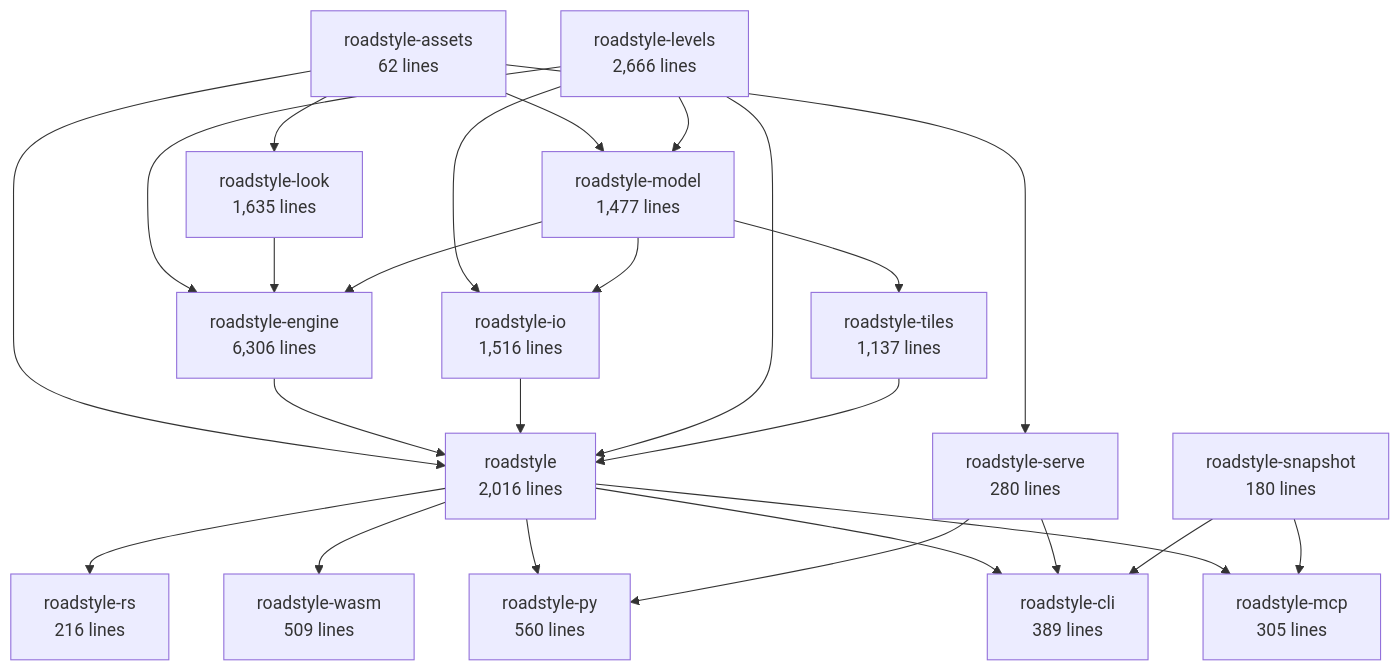
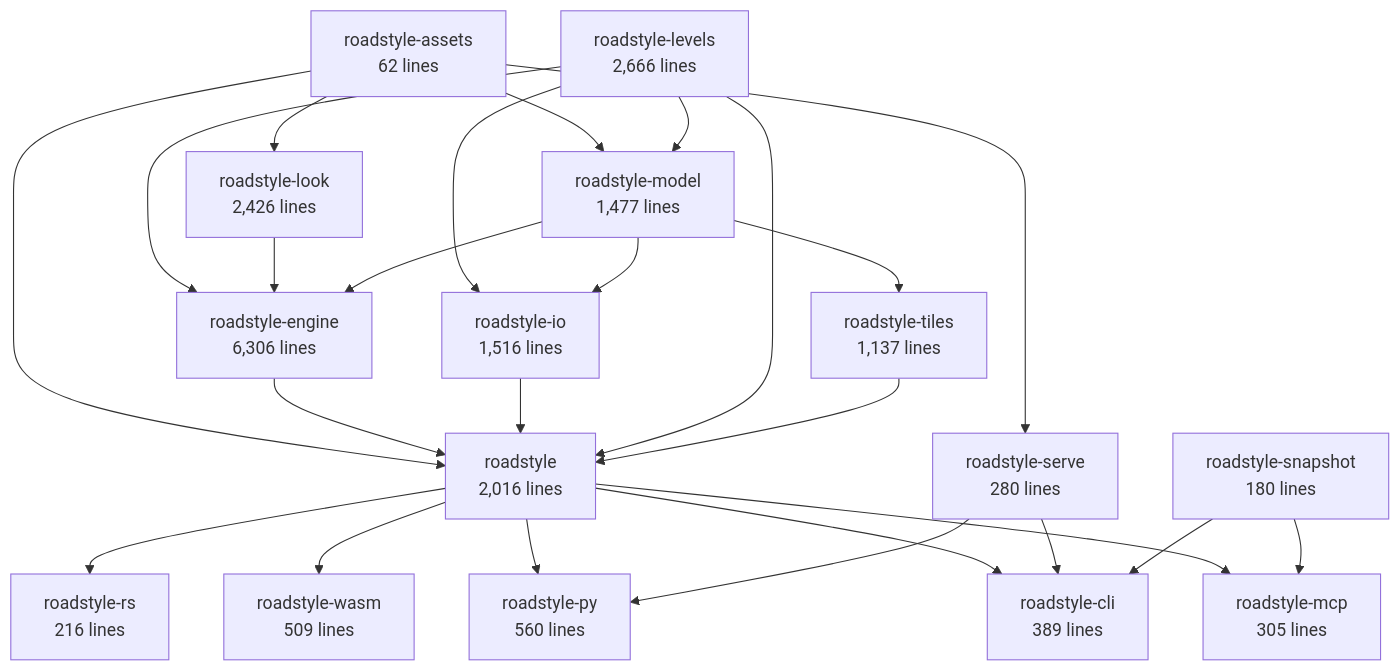
One commit to Khoshkhah/roadstyle changed the second of 6 diagrams in docs/rust/architecture.md. Above: the diagram before and after it, drawn with Mermaid. The commit also changed other lines of this file and 7 other files, not shown here.

````diff
--- a/docs/rust/architecture.md
+++ b/docs/rust/architecture.md
@@ -70,42 +70,42 @@
 ```mermaid
 flowchart TB
     roadstyle_assets["roadstyle-assets<br/>62 lines"]
     roadstyle_model["roadstyle-model<br/>1,477 lines"]
-    roadstyle_look["roadstyle-look<br/>1,635 lines"]
+    roadstyle_look["roadstyle-look<br/>2,426 lines"]
     roadstyle_io["roadstyle-io<br/>1,516 lines"]
     roadstyle_levels["roadstyle-levels<br/>2,666 lines"]
     roadstyle_engine["roadstyle-engine<br/>6,306 lines"]
     roadstyle_tiles["roadstyle-tiles<br/>1,137 lines"]
     roadstyle["roadstyle<br/>2,016 lines"]
     roadstyle_rs["roadstyle-rs<br/>216 lines"]
     roadstyle_wasm["roadstyle-wasm<br/>509 lines"]
     roadstyle_py["roadstyle-py<br/>560 lines"]
     roadstyle_cli["roadstyle-cli<br/>389 lines"]
     roadstyle_mcp["roadstyle-mcp<br/>305 lines"]
     roadstyle_serve["roadstyle-serve<br/>280 lines"]
     roadstyle_snapshot["roadstyle-snapshot<br/>180 lines"]
     roadstyle_assets --> roadstyle_model
     roadstyle_levels --> roadstyle_model
     roadstyle_assets --> roadstyle_look
     roadstyle_levels --> roadstyle_io
     roadstyle_model --> roadstyle_io
     roadstyle_levels --> roadstyle_engine
     roadstyle_look --> roadstyle_engine
     roadstyle_model --> roadstyle_engine
     roadstyle_model --> roadstyle_tiles
     roadstyle_assets --> roadstyle
     roadstyle_engine --> roadstyle
     roadstyle_io --> roadstyle
     roadstyle_levels --> roadstyle
     roadstyle_tiles --> roadstyle
     roadstyle --> roadstyle_rs
     roadstyle --> roadstyle_wasm
     roadstyle --> roadstyle_py
     roadstyle_serve --> roadstyle_py
     roadstyle --> roadstyle_cli
     roadstyle_serve --> roadstyle_cli
     roadstyle_snapshot --> roadstyle_cli
     roadstyle --> roadstyle_mcp
     roadstyle_snapshot --> roadstyle_mcp
     roadstyle_assets --> roadstyle_serve
 ```
````
